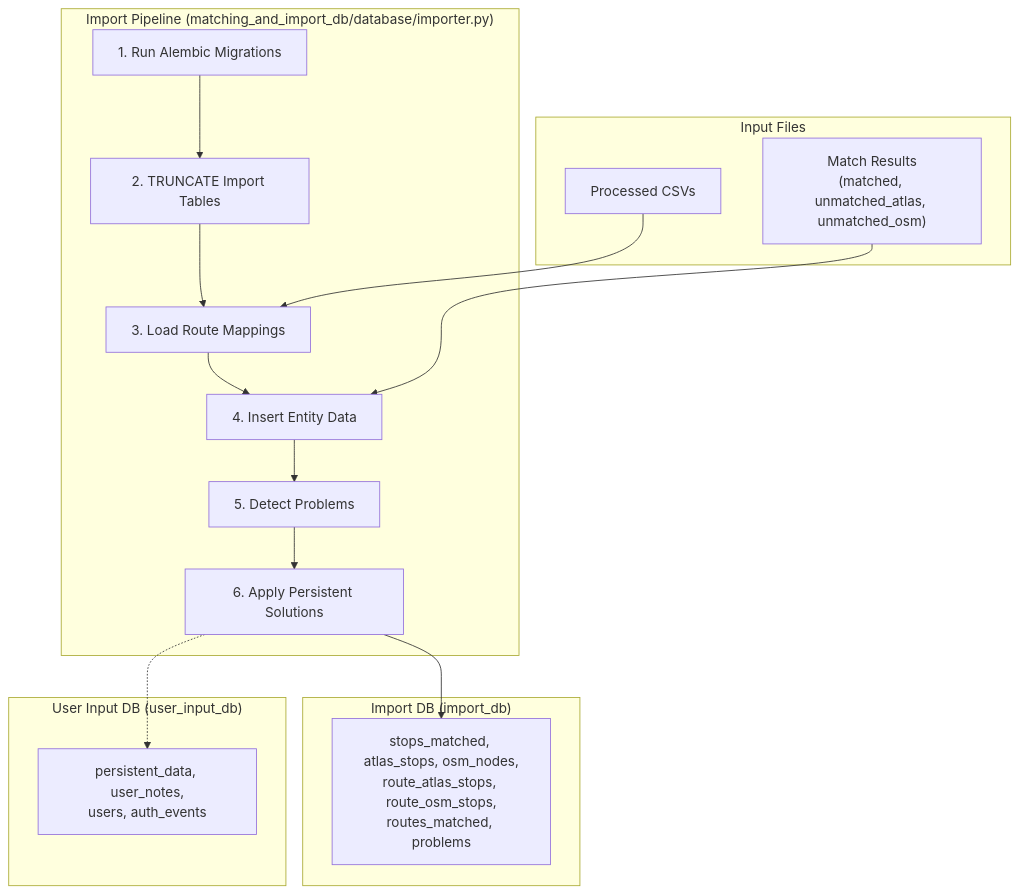
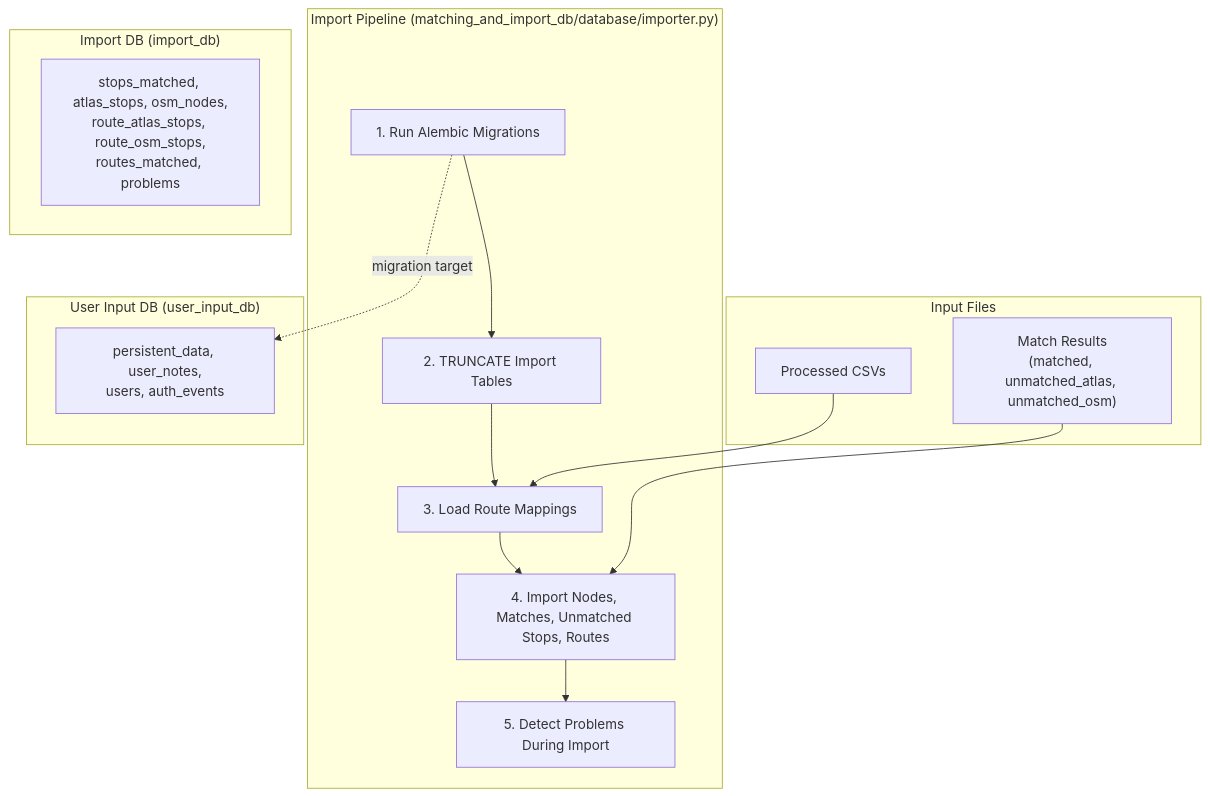
Before and after one commit to openTdataCH/stop_sync_osm_atlas: the diagram in documentation/4.2 Import Process.md, drawn with Mermaid. The commit also changed other lines of this file and 66 other files, not shown here.

````diff
--- a/documentation/4.2 Import Process.md
+++ b/documentation/4.2 Import Process.md
@@ -7,30 +7,28 @@
 ```mermaid
 flowchart TB
     subgraph Input["Input Files"]
         CSV["Processed CSVs"]
         Match["Match Results<br/>(matched, unmatched_atlas, unmatched_osm)"]
     end
     
     subgraph Import["Import Pipeline (matching_and_import_db/database/importer.py)"]
         M["1. Run Alembic Migrations"]
         C["2. TRUNCATE Import Tables"]
         R["3. Load Route Mappings"]
-        I["4. Insert Entity Data"]
-        P["5. Detect Problems"]
-        A["6. Apply Persistent Solutions"]
-        M --> C --> R --> I --> P --> A
+        I["4. Import Nodes, Matches, Unmatched Stops, Routes"]
+        P["5. Detect Problems During Import"]
+        M --> C --> R --> I --> P
     end
     
     subgraph ImportDB["Import DB (import_db)"]
         Op["stops_matched, atlas_stops, osm_nodes,<br/>route_atlas_stops, route_osm_stops,<br/>routes_matched, problems"]
     end
     
     subgraph UserDB["User Input DB (user_input_db)"]
         Per["persistent_data, user_notes,<br/>users, auth_events"]
     end
     
     CSV --> R
     Match --> I
-    A --> Op
-    A -.-> Per
+    M -. migration target .-> Per
 ```
````
